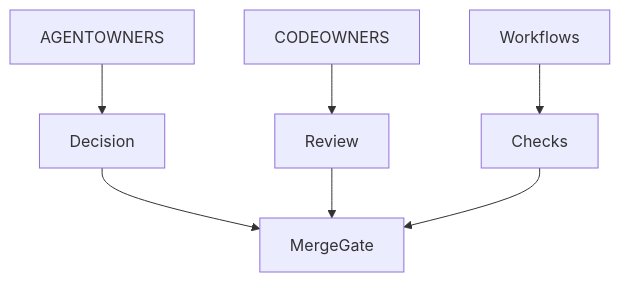
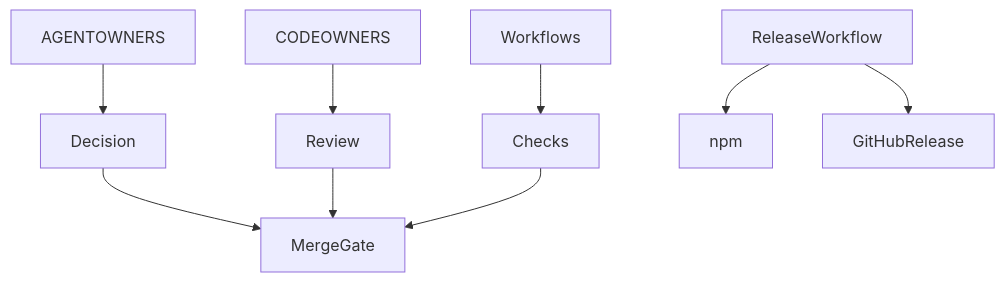
Before and after one commit to streamentry/AGENTOWNERS: the second of 3 diagrams in .github/AGENTS.md, drawn with Mermaid. The commit also changed other lines of this file and 13 other files, not shown here.

````diff
--- a/.github/AGENTS.md
+++ b/.github/AGENTS.md
@@ -31,9 +30,11 @@
 ```mermaid
 flowchart TB
   CODEOWNERS --> Review
   AGENTOWNERS --> Decision
   Workflows --> Checks
   Decision --> MergeGate
   Review --> MergeGate
   Checks --> MergeGate
+  ReleaseWorkflow --> npm
+  ReleaseWorkflow --> GitHubRelease
 ```
````
